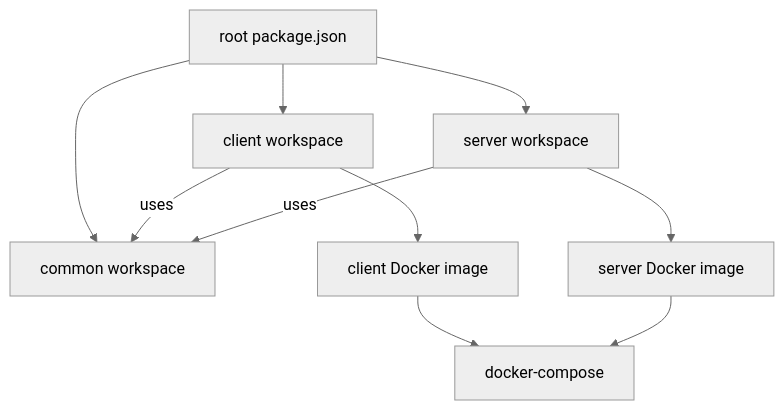
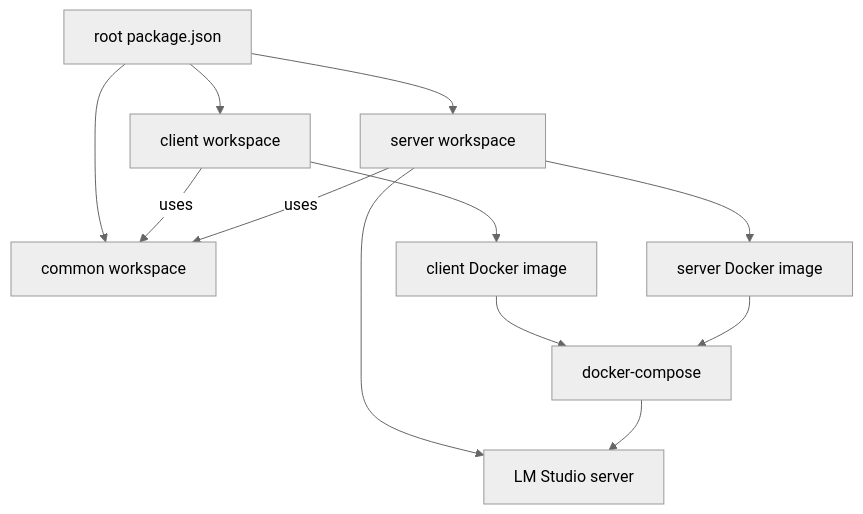
One commit to Chargeuk/codeInfo2 changed the first of 3 diagrams in design.md. Above: the diagram before and after it, drawn with Mermaid (neutral theme). The commit also changed other lines of this file and 2 other files, not shown here.

First line of the commit message:
DEV-0000002 - Update server docs and compose env

````diff
--- a/design.md
+++ b/design.md
@@ -49,12 +49,14 @@
 ```mermaid
 graph TD
   A[root package.json] --> B[client workspace]
   A --> C[server workspace]
   A --> D[common workspace]
   B -->|uses| D
   C -->|uses| D
   B --> E[client Docker image]
   C --> F[server Docker image]
+  C --> H[LM Studio server]
   E --> G[docker-compose]
   F --> G
+  G --> H
 ```
````
